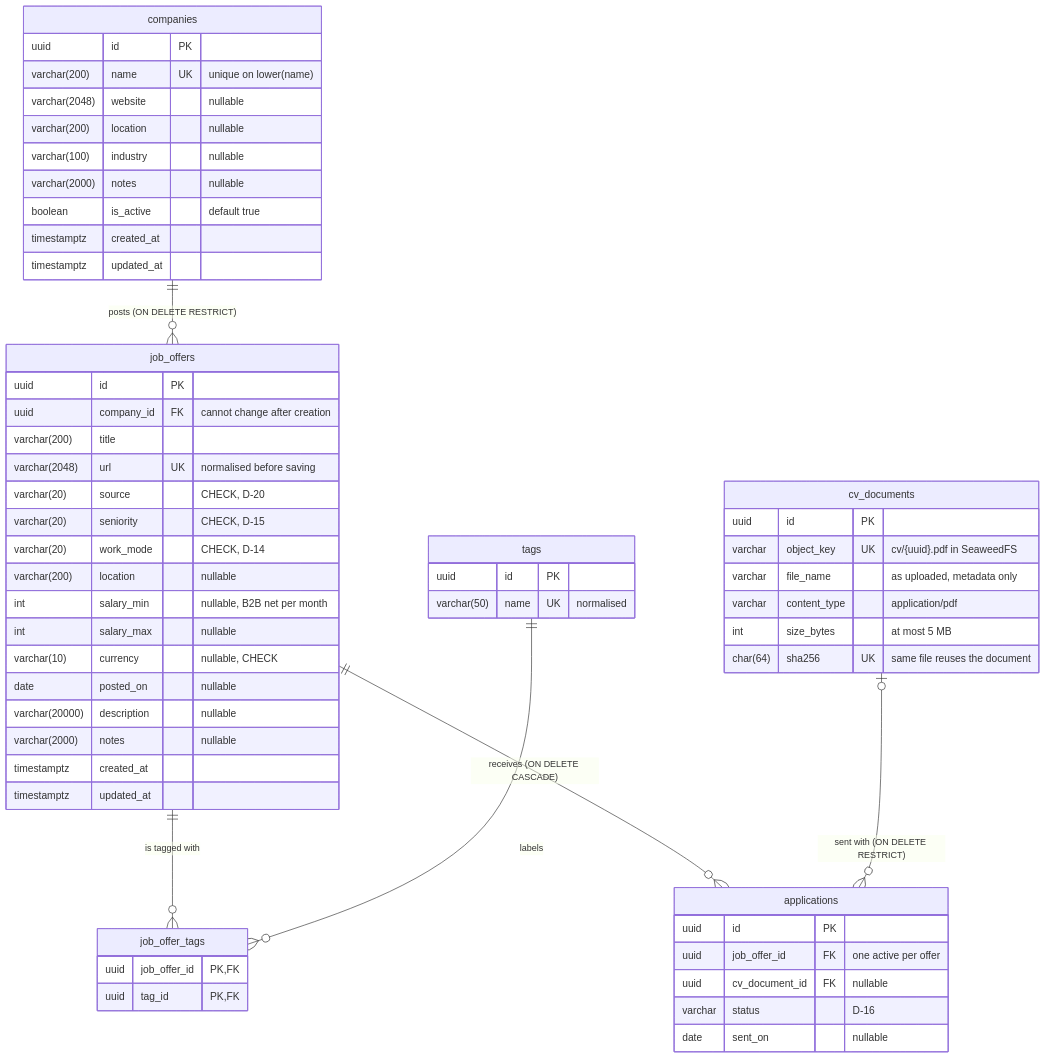
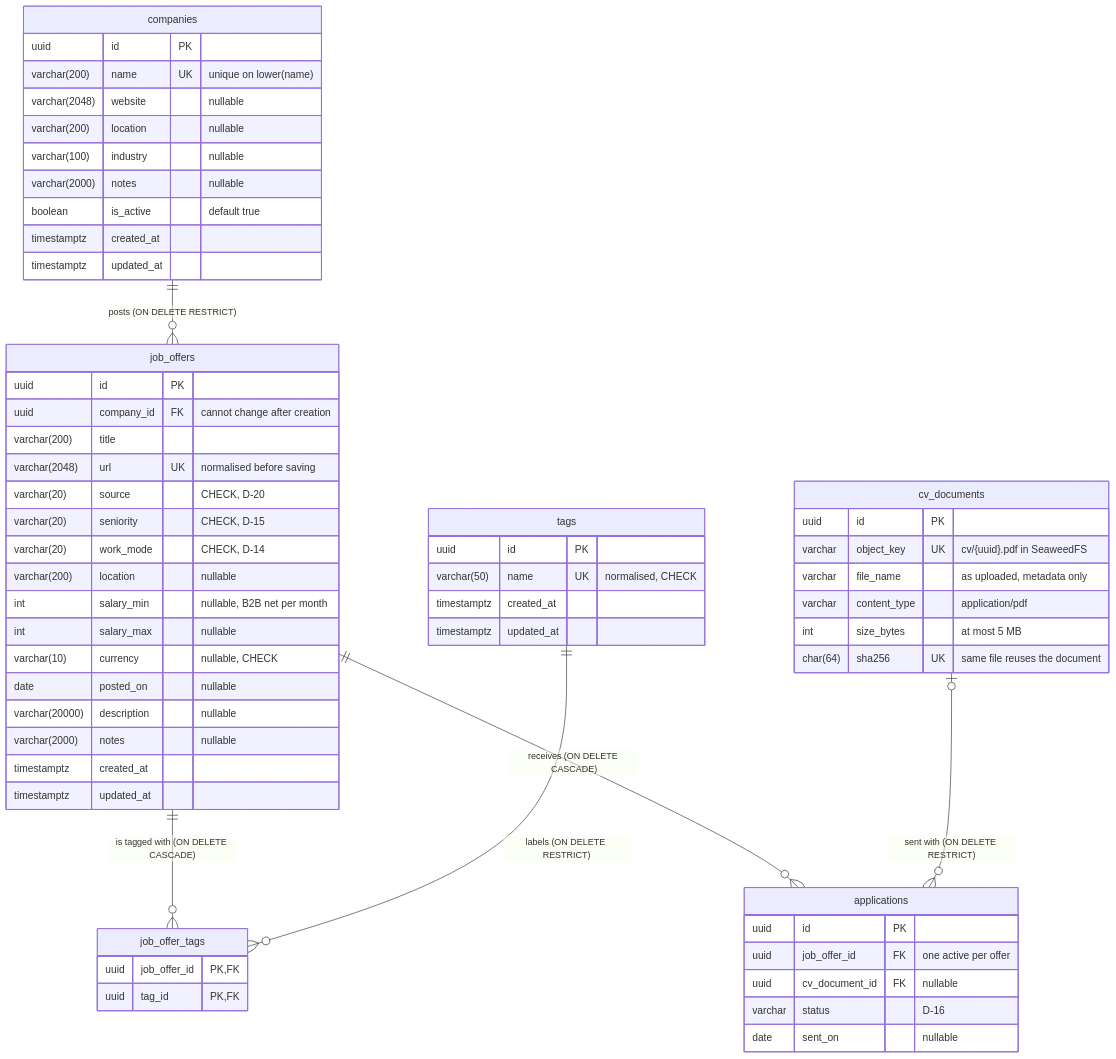
The diagram in docs/data-model.md (xwojziarnik/job-application-tracker), drawn with Mermaid before and after one commit. The commit also changed other lines of this file and 6 other files, not shown here.

````diff
--- a/docs/data-model.md
+++ b/docs/data-model.md
@@ -18,66 +18,68 @@
 ```mermaid
 erDiagram
     companies ||--o{ job_offers : "posts (ON DELETE RESTRICT)"
-    job_offers ||--o{ job_offer_tags : "is tagged with"
-    tags ||--o{ job_offer_tags : "labels"
+    job_offers ||--o{ job_offer_tags : "is tagged with (ON DELETE CASCADE)"
+    tags ||--o{ job_offer_tags : "labels (ON DELETE RESTRICT)"
     job_offers ||--o{ applications : "receives (ON DELETE CASCADE)"
     cv_documents |o--o{ applications : "sent with (ON DELETE RESTRICT)"
 
     companies {
         uuid id PK
         varchar(200) name UK "unique on lower(name)"
         varchar(2048) website "nullable"
         varchar(200) location "nullable"
         varchar(100) industry "nullable"
         varchar(2000) notes "nullable"
         boolean is_active "default true"
         timestamptz created_at
         timestamptz updated_at
     }
 
     job_offers {
         uuid id PK
         uuid company_id FK "cannot change after creation"
         varchar(200) title
         varchar(2048) url UK "normalised before saving"
         varchar(20) source "CHECK, D-20"
         varchar(20) seniority "CHECK, D-15"
         varchar(20) work_mode "CHECK, D-14"
         varchar(200) location "nullable"
         int salary_min "nullable, B2B net per month"
         int salary_max "nullable"
         varchar(10) currency "nullable, CHECK"
         date posted_on "nullable"
         varchar(20000) description "nullable"
         varchar(2000) notes "nullable"
         timestamptz created_at
         timestamptz updated_at
     }
 
     tags {
         uuid id PK
-        varchar(50) name UK "normalised"
+        varchar(50) name UK "normalised, CHECK"
+        timestamptz created_at
+        timestamptz updated_at
     }
 
     job_offer_tags {
         uuid job_offer_id PK, FK
         uuid tag_id PK, FK
     }
 
     applications {
         uuid id PK
         uuid job_offer_id FK "one active per offer"
         uuid cv_document_id FK "nullable"
         varchar status "D-16"
         date sent_on "nullable"
     }
 
     cv_documents {
         uuid id PK
         varchar object_key UK "cv/{uuid}.pdf in SeaweedFS"
         varchar file_name "as uploaded, metadata only"
         varchar content_type "application/pdf"
         int size_bytes "at most 5 MB"
         char(64) sha256 UK "same file reuses the document"
     }
 ```
````
